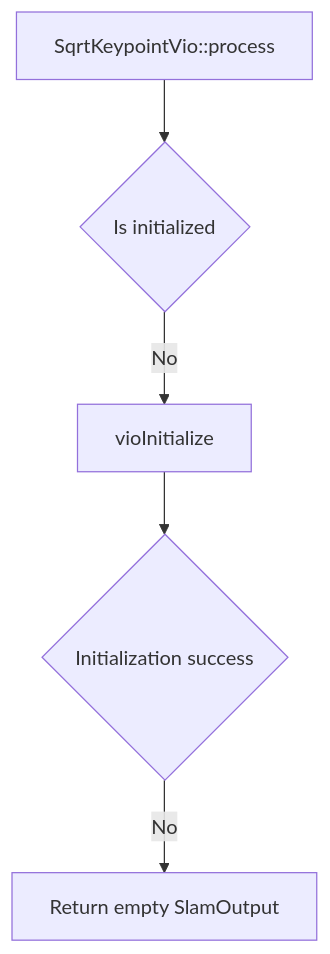
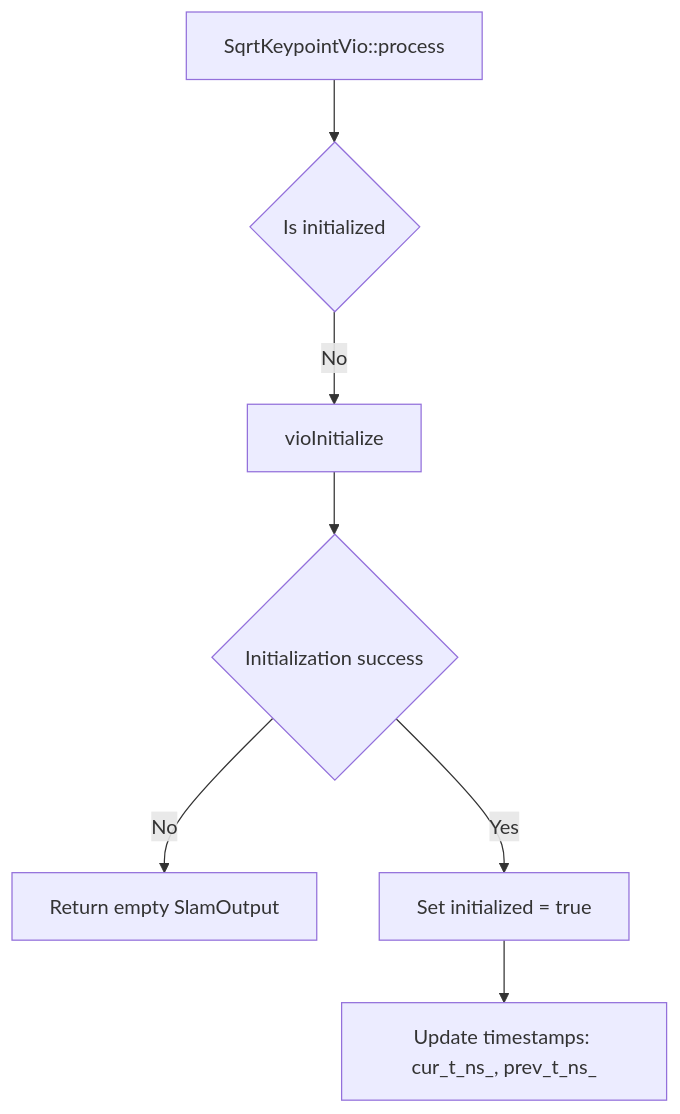
The diagram in all/未命名-3.md (huzixuan1/iodraw-files), drawn with Mermaid before and after one commit.

Commit message:
2025-04-21 17:34:01 update

````diff
--- a/all/未命名-3.md
+++ b/all/未命名-3.md
@@ -1,31 +1,32 @@
 ```mermaid
 graph TD
     A[SqrtKeypointVio::process] --> B{Is initialized}
     B -- No --> C[vioInitialize]
     C --> D{Initialization success}
-        D -- No --> E[Return empty SlamOutput]
-
+    D -- No --> E[Return empty SlamOutput]
+    D -- Yes --> F[Set initialized = true]
+    F --> G[Update timestamps: cur_t_ns_, prev_t_ns_]
     %% B --> C[solve主优化]
     %% C --> D[createVariablesAndFactors]
     %% D --> E{{迭代循环}}
     %% E --> F[linearizeSystem]
     %% F --> G[linearSolve]
     %% G --> H{checkStepSuccess?}
     %% H -- 是 --> I[acceptStep]
     %% H -- 否 --> J[rejectStep]
     %% I --> E
     %% J --> E
     %% E --> K[marginalize]
     %% K --> L[generateNewMarginPrior]
     %% K --> M[createMarginVariableAndFactors]
     
     %% subgraph 辅助操作
     %%     N[backup/restore]
     %%     O[checkMarginPriorNullSpace]
     %%     P[updateOnlineCalib]
     %% end
     %% C --> N
     %% K --> O
     %% C --> P
 
 ```
````
